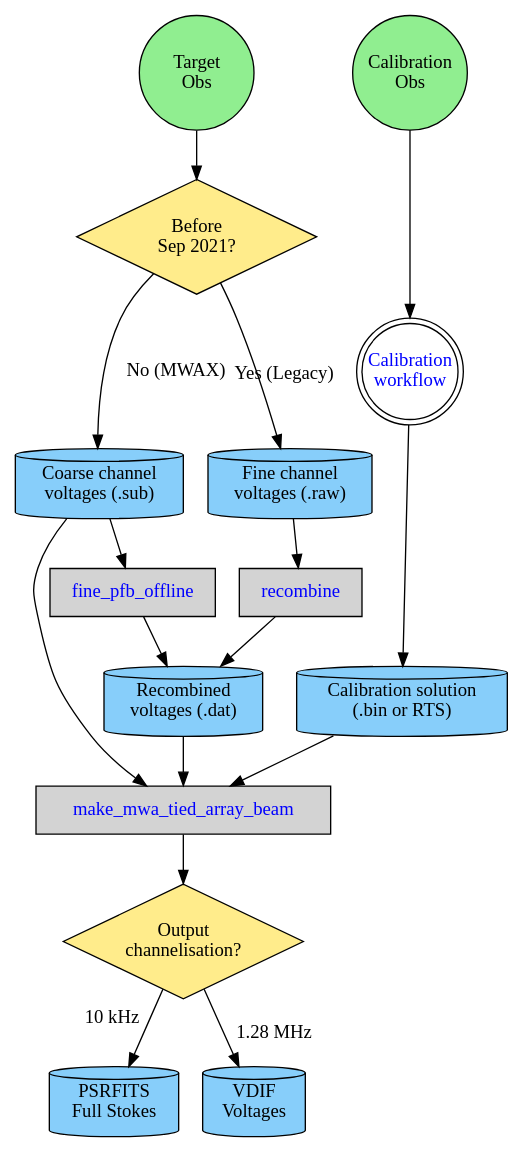
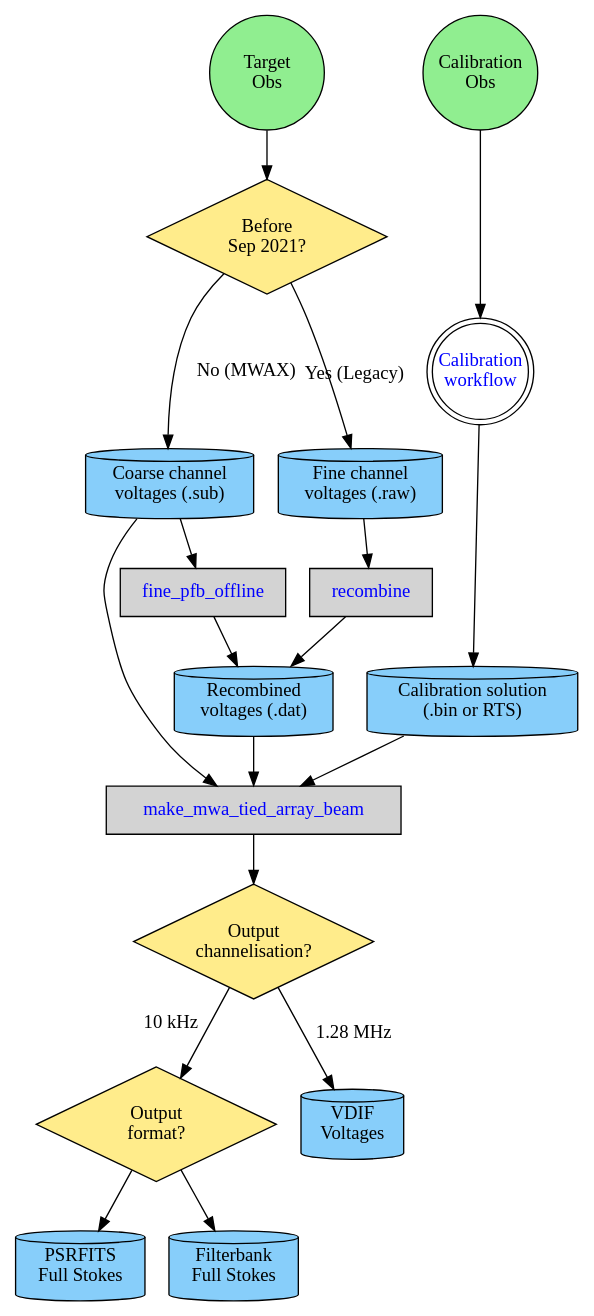
Before and after one commit to CIRA-Pulsars-and-Transients-Group/vcsbeam: the diagram in doc/images/beamforming.dot, drawn with Graphviz. The commit also changed 4 other files, not shown here.

```diff
--- a/doc/images/beamforming.dot
+++ b/doc/images/beamforming.dot
@@ -1,37 +1,41 @@
 digraph overview {
     node [ shape=cylinder, style="filled" ];
     //splines = curved;
 
     targetobs [ label="Target\nObs", shape=circle, fixedsize=true, width=1.2, fillcolor=lightgreen ];
     calobs [ label="Calibration\nObs", shape=circle, fixedsize=true, width=1.2, fillcolor=lightgreen ];
     date [ label="Before\nSep 2021?", shape=diamond, fillcolor=lightgoldenrod1, fixedsize=true, width=2.5, height=1.2 ];
     raw [ label="Fine channel\nvoltages (.raw)", fillcolor=lightskyblue ];
     sub [ label="Coarse channel\nvoltages (.sub)", fillcolor=lightskyblue ];
     dat [ label="Recombined\nvoltages (.dat)", fillcolor=lightskyblue ];
     outputchannelisation [ label="Output\nchannelisation?", shape=diamond, fillcolor=lightgoldenrod1, fixedsize=true, width=2.5, height=1.2 ];
+    outputformat [ label="Output\nformat?", shape=diamond, fillcolor=lightgoldenrod1, fixedsize=true, width=2.5, height=1.2 ];
     psrfits [ label="PSRFITS\nFull Stokes", fillcolor=lightskyblue ];
+    filterbank [ label="Filterbank\nFull Stokes", fillcolor=lightskyblue ];
     vdif [ label="VDIF\nVoltages", fillcolor=lightskyblue ];
     calsol [ label="Calibration solution\n(.bin or RTS)", fillcolor=lightskyblue ];
     recombine [ label="recombine", shape=record, href="https://github.com/ICRAR/mwa-voltage.git", fontcolor=blue ];
     tiedarray [ label="make_mwa_tied_array_beam", shape=record, href="@ref applicationsmakemwatiedarraybeam", fontcolor=blue ];
     targetobs -> date;
     date -> raw [ xlabel="Yes (Legacy)" ];
     date -> sub [ label="No (MWAX)" ];
     sub -> tiedarray;
     callink [ label="Calibration\nworkflow", shape=doublecircle, fillcolor=white, fixedsize=true, width=1.0, href="@ref usersguidecalibration", fontcolor=blue ];
 
     offlinepfb [ label="fine_pfb_offline", shape=record, href="@ref applicationsfinepfboffline", fontcolor=blue ];
 
     raw -> recombine -> dat;
     sub -> offlinepfb -> dat;
     dat -> tiedarray -> outputchannelisation;
-    outputchannelisation -> psrfits [ xlabel="10 kHz" ];
+    outputchannelisation -> outputformat [ xlabel="10 kHz" ];
     outputchannelisation -> vdif [ label="1.28 MHz" ];
     calsol -> tiedarray;
+    outputformat -> psrfits;
+    outputformat -> filterbank;
 
     calobs -> callink -> calsol;
 
     {rank = same; targetobs; calobs; }
     {rank = same; raw; sub;}
     {rank = same; dat; calsol;}
 }
```
